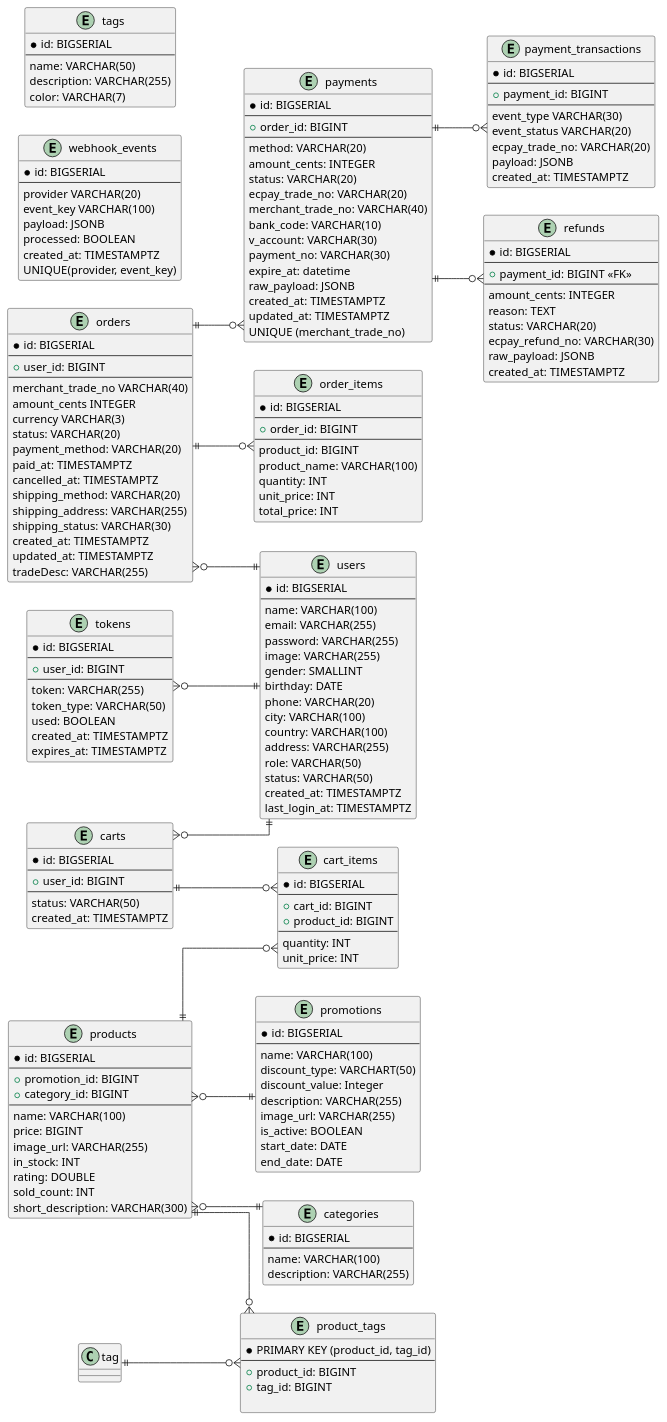
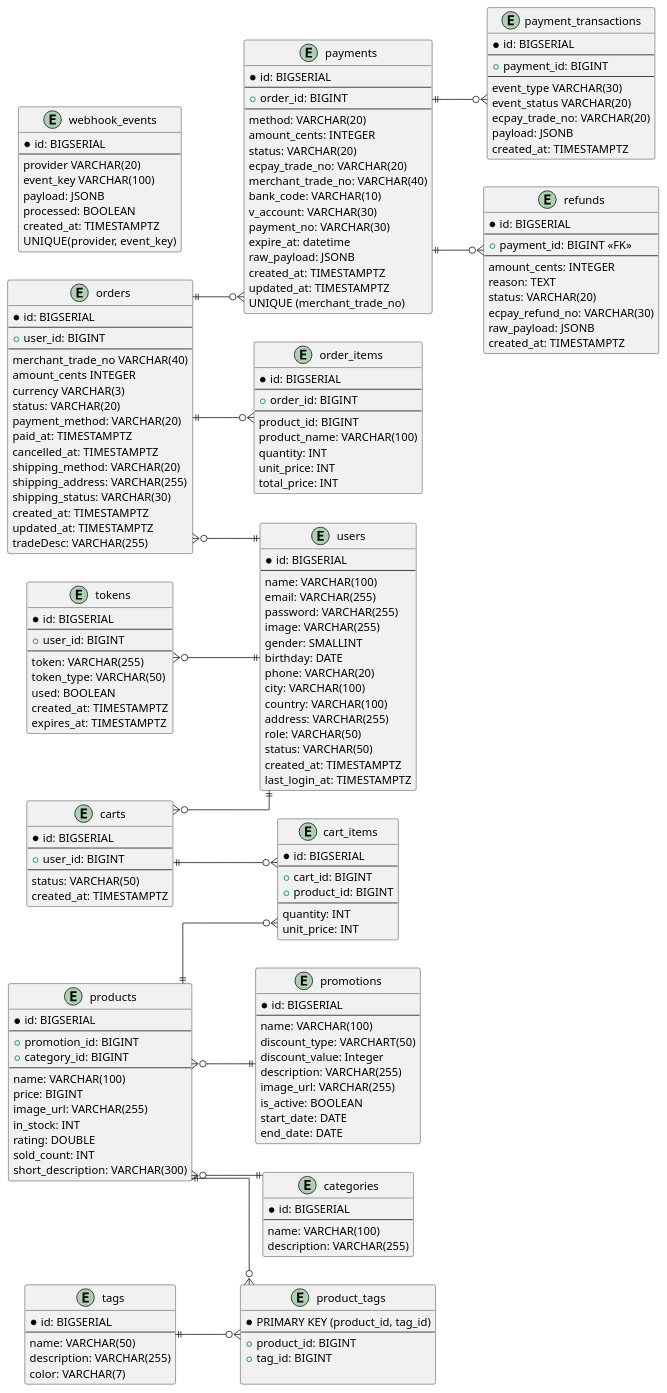
The diagram in docs/er-diagram.puml (honeykokia/ecommerce-docs), drawn with PlantUML before and after one commit. The commit also changed 2 other files, not shown here.

```diff
--- a/docs/er-diagram.puml
+++ b/docs/er-diagram.puml
@@ -291,7 +291,7 @@
     'NOT NULL
 }
 
-tag ||--o{ product_tags
+tags ||--o{ product_tags
 products ||--o{ product_tags
 carts }o--|| users
 carts ||--o{ cart_items
```
